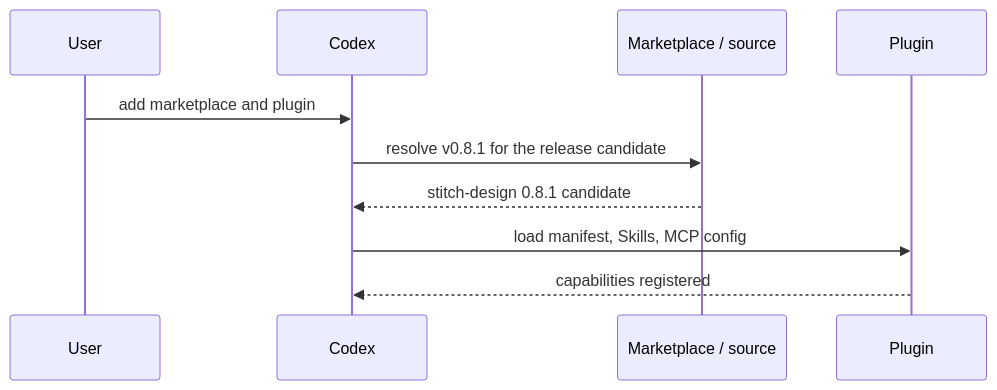
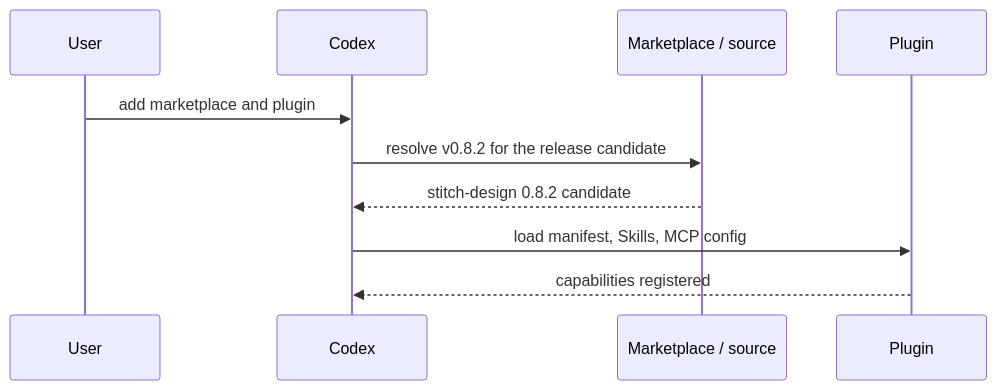
The seventh of 11 diagrams in docs/Stitch-Design-Architecture.md (full-stack-plugins/stitch-design-plugin), drawn with Mermaid before and after one commit. The commit also changed other lines of this file and 13 other files, not shown here.

````diff
--- a/docs/Stitch-Design-Architecture.md
+++ b/docs/Stitch-Design-Architecture.md
@@ -175,12 +175,12 @@
 ```mermaid
 sequenceDiagram
     participant U as User
     participant C as Codex
     participant M as Marketplace / source
     participant P as Plugin
     U->>C: add marketplace and plugin
-    C->>M: resolve v0.8.1 for the release candidate
-    M-->>C: stitch-design 0.8.1 candidate
+    C->>M: resolve v0.8.2 for the release candidate
+    M-->>C: stitch-design 0.8.2 candidate
     C->>P: load manifest, Skills, MCP config
     P-->>C: capabilities registered
 ```
````
